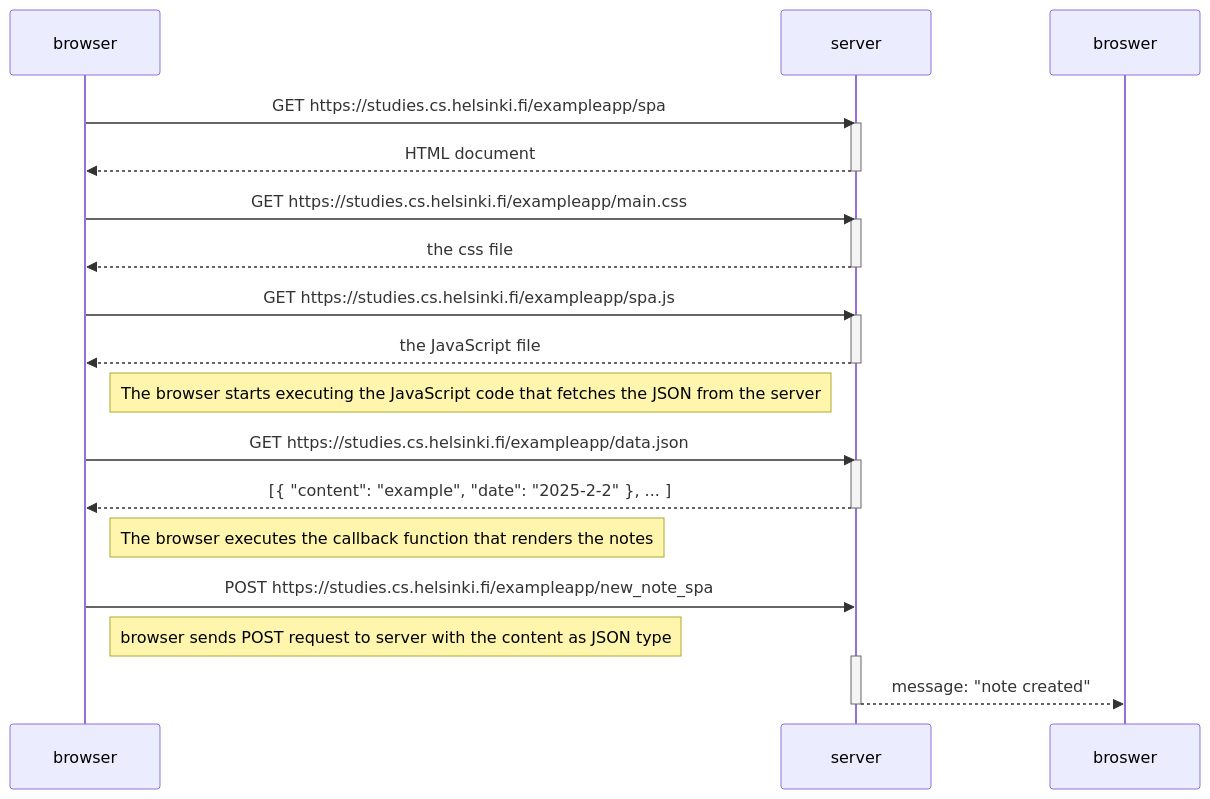
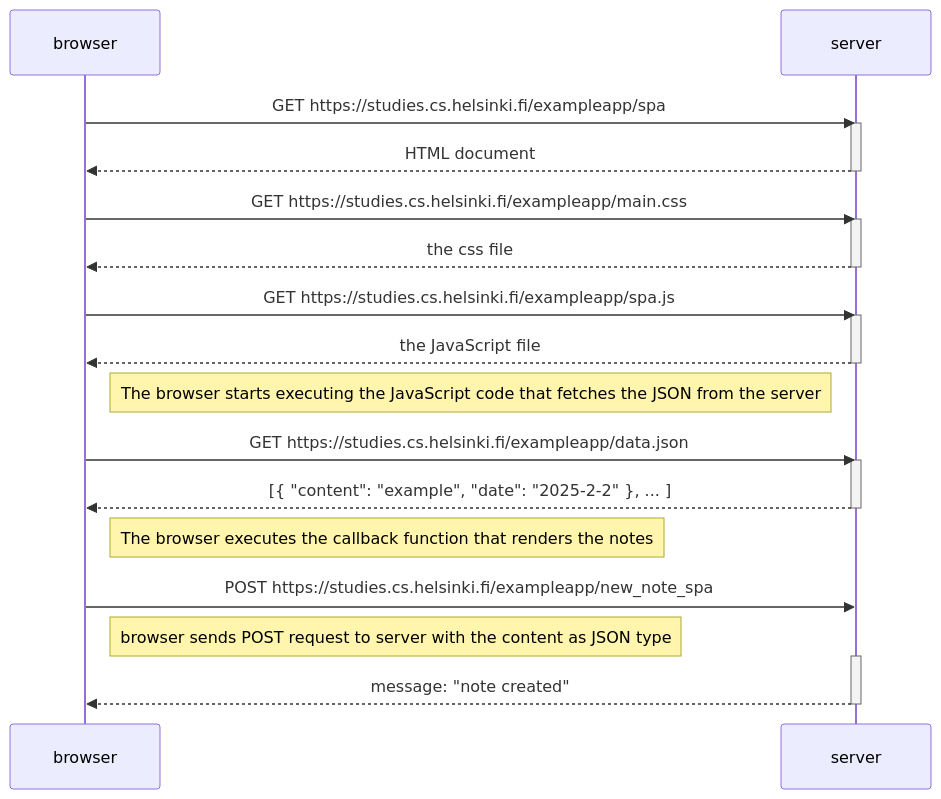
One commit to eemuston/FullStackopen changed the diagram in osa 0/0.6 spa uusi muistiinpano/spauusimuistiinpano.md. Above: the diagram before and after it, drawn with Mermaid.

Commit message:
Fixing typo

````diff
--- a/osa 0/0.6 spa uusi muistiinpano/spauusimuistiinpano.md
+++ b/osa 0/0.6 spa uusi muistiinpano/spauusimuistiinpano.md
@@ -1,37 +1,37 @@
 ```mermaid
 
 sequenceDiagram
     participant browser
     participant server
 
     browser->>server: GET https://studies.cs.helsinki.fi/exampleapp/spa
     activate server
     server-->>browser: HTML document
     deactivate server
     
     browser->>server: GET https://studies.cs.helsinki.fi/exampleapp/main.css
     activate server
     server-->>browser: the css file
     deactivate server
     
     browser->>server: GET https://studies.cs.helsinki.fi/exampleapp/spa.js
     activate server
     server-->>browser: the JavaScript file
     deactivate server
     
     Note right of browser: The browser starts executing the JavaScript code that fetches the JSON from the server
     
     browser->>server: GET https://studies.cs.helsinki.fi/exampleapp/data.json
     activate server
     server-->>browser: [{ "content": "example", "date": "2025-2-2" }, ... ]
     deactivate server    
 
     Note right of browser: The browser executes the callback function that renders the notes
 
     browser->>server: POST https://studies.cs.helsinki.fi/exampleapp/new_note_spa
     Note right of browser: browser sends POST request to server with the content as JSON type
     activate server
-    server-->>broswer: message: "note created"
+    server-->>browser: message: "note created"
     deactivate server
 
 ```
````
